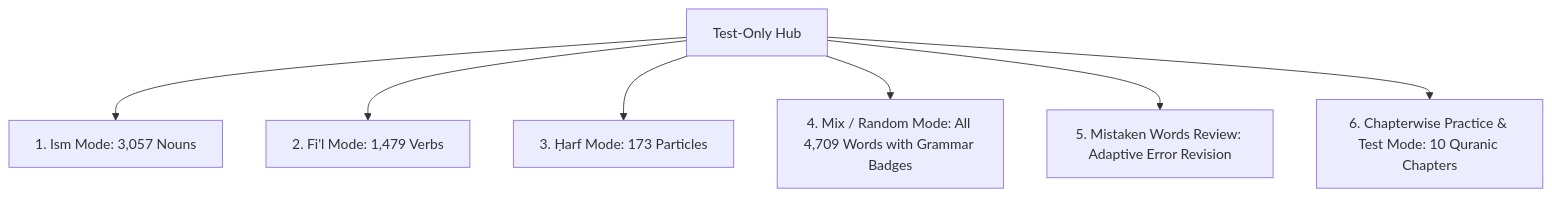
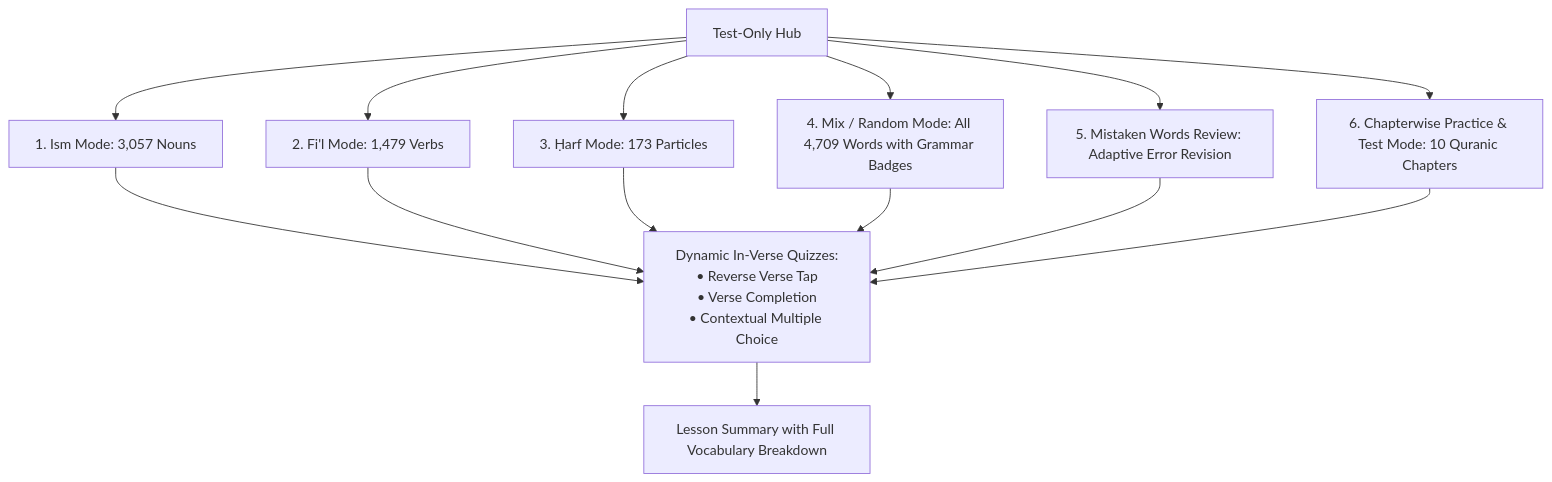
One commit to deanybytes/QuranicWords changed the second of 3 diagrams in docs/USER_FLOWS.md. Above: the diagram before and after it, drawn with Mermaid. The commit also changed other lines of this file and 44 other files, not shown here.

Commit message:
feat: dynamic test mode exercises, universal digit localization, test summary breakdown, and doc updates

````diff
--- a/docs/USER_FLOWS.md
+++ b/docs/USER_FLOWS.md
@@ -46,9 +46,11 @@
 ```mermaid
 flowchart TD
     TestHome[Test-Only Hub] --> Mode1[1. Ism Mode: 3,057 Nouns]
     TestHome --> Mode2[2. Fi'l Mode: 1,479 Verbs]
     TestHome --> Mode3[3. Ḥarf Mode: 173 Particles]
     TestHome --> Mode4[4. Mix / Random Mode: All 4,709 Words with Grammar Badges]
     TestHome --> Mode5[5. Mistaken Words Review: Adaptive Error Revision]
     TestHome --> Mode6[6. Chapterwise Practice & Test Mode: 10 Quranic Chapters]
+    Mode1 & Mode2 & Mode3 & Mode4 & Mode5 & Mode6 --> DynQuiz[Dynamic In-Verse Quizzes:<br/>• Reverse Verse Tap<br/>• Verse Completion<br/>• Contextual Multiple Choice]
+    DynQuiz --> Summary[Lesson Summary with Full Vocabulary Breakdown]
 ```
````
